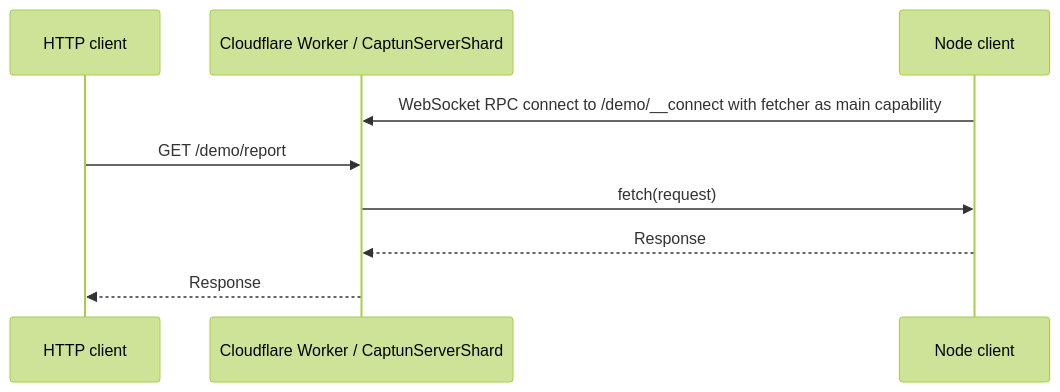
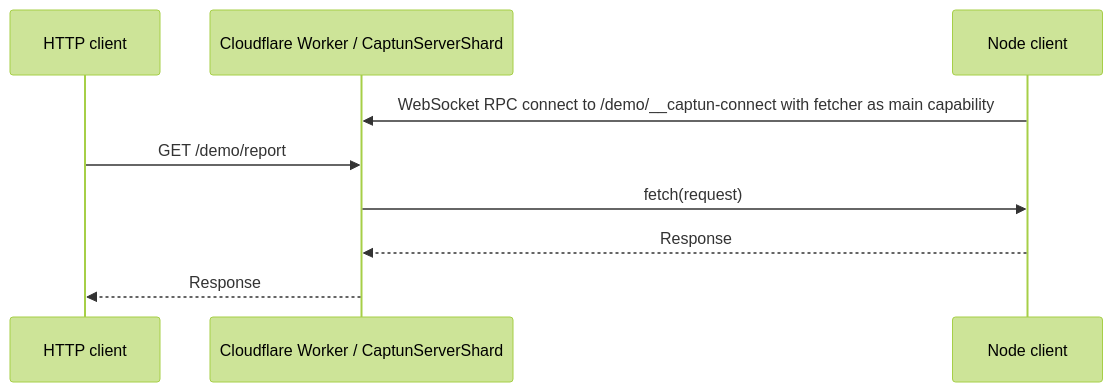
Before and after one commit to iterate/capnweb-tunnel: the diagram in README.md, drawn with Mermaid (forest theme). The commit also changed other lines of this file and 29 other files, not shown here.

````diff
--- a/README.md
+++ b/README.md
@@ -145,12 +193,12 @@
 ```mermaid
 sequenceDiagram
   participant HTTP as HTTP client
   participant Server as Cloudflare Worker / CaptunServerShard
   participant Client as Node client
 
-  Client->>Server: WebSocket RPC connect to /demo/__connect with fetcher as main capability
+  Client->>Server: WebSocket RPC connect to /demo/__captun-connect with fetcher as main capability
   HTTP->>Server: GET /demo/report
   Server->>Client: fetch(request)
   Client-->>Server: Response
   Server-->>HTTP: Response
 ```
````
